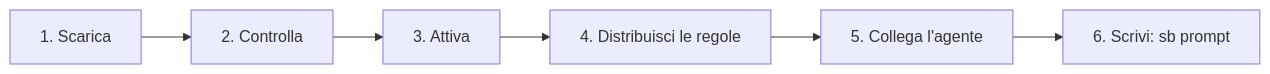
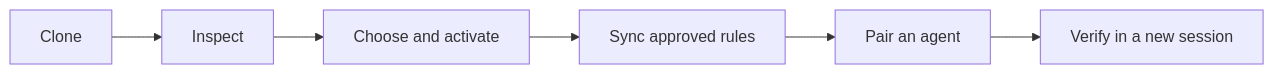
Before and after one commit to dennidalpos/secondbrain: the diagram in docs/inizia.md, drawn with Mermaid. The commit also changed other lines of this file and 49 other files, not shown here.

````diff
--- a/docs/inizia.md
+++ b/docs/inizia.md
@@ -5,8 +7,8 @@
-```mermaid
+~~~mermaid
 flowchart LR
-    A["1. Scarica"] --> B["2. Controlla"]
-    B --> C["3. Attiva"]
-    C --> D["4. Distribuisci le regole"]
-    D --> E["5. Collega l'agente"]
-    E --> F["6. Scrivi: sb prompt"]
-```
+    A[Clone] --> B[Inspect]
+    B --> C[Choose and activate]
+    C --> D[Sync approved rules]
+    D --> E[Pair an agent]
+    E --> F[Verify in a new session]
+~~~
````
